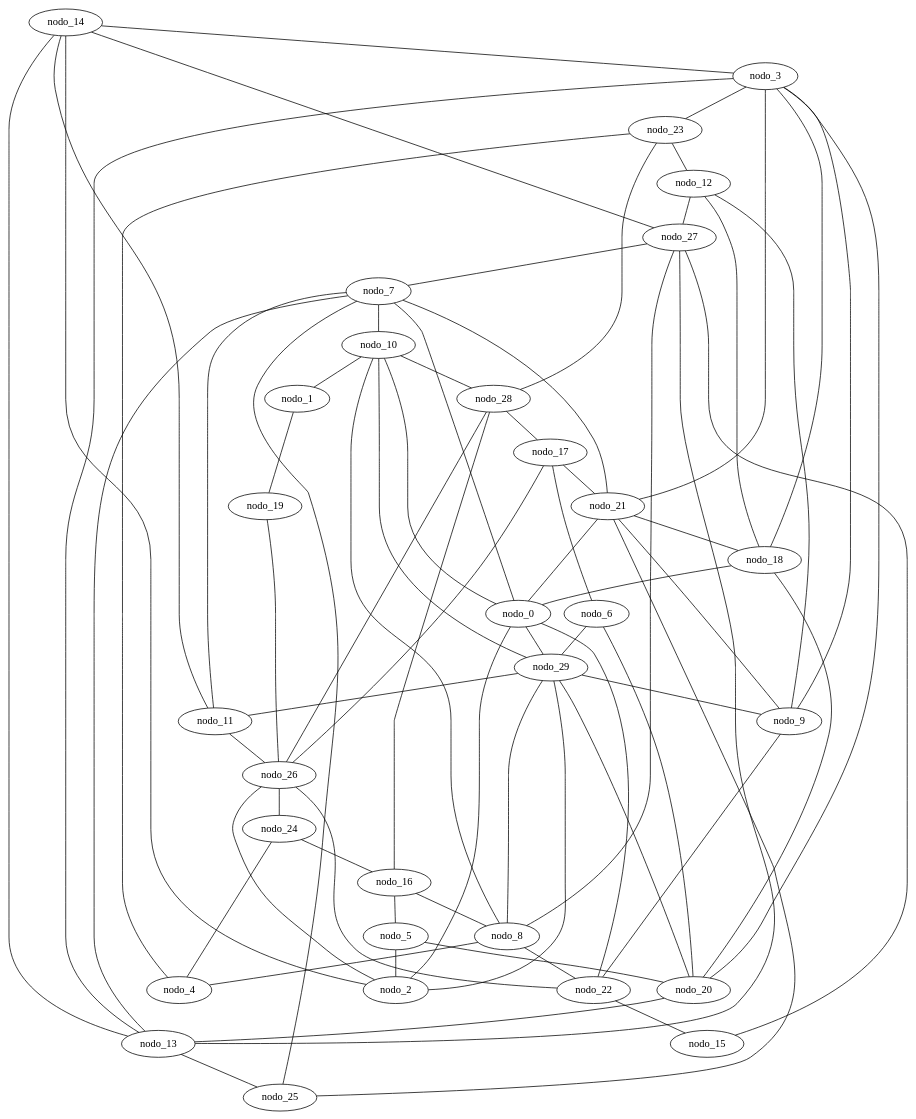
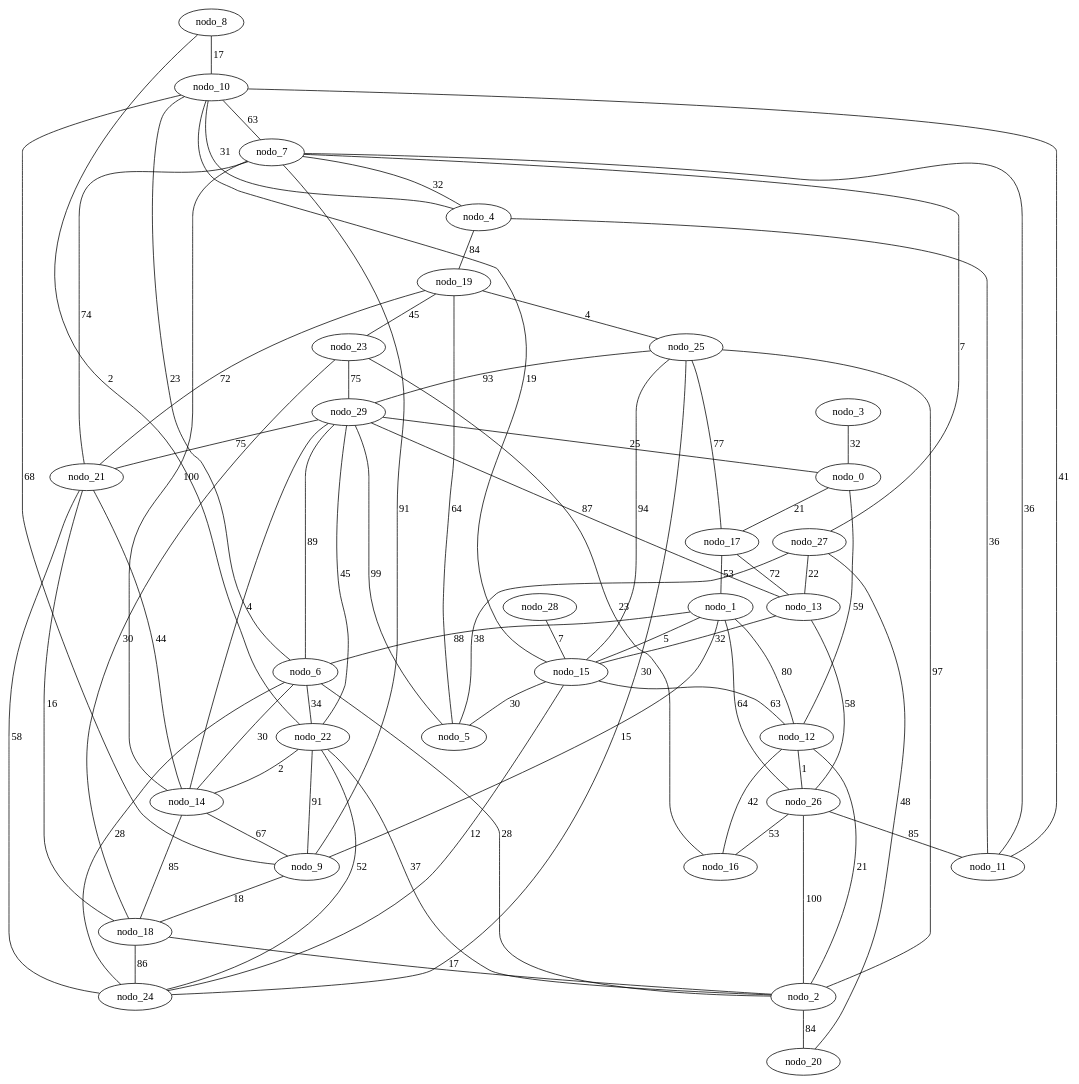
One commit to sinisterra/cic-algoritmos changed the diagram in proyecto03/gen_gilbert_30.gv. Above: the diagram before and after it, drawn with Graphviz. The commit also changed 25 other files, not shown here.

```diff
--- a/proyecto03/gen_gilbert_30.gv
+++ b/proyecto03/gen_gilbert_30.gv
@@ -1,74 +1,79 @@
 graph gen_gilbert_30 {
-  nodo_14 -- nodo_3;
-  nodo_28 -- nodo_23;
-  nodo_10 -- nodo_1;
-  nodo_23 -- nodo_12;
-  nodo_27 -- nodo_14;
-  nodo_28 -- nodo_26;
-  nodo_10 -- nodo_0;
-  nodo_11 -- nodo_26;
-  nodo_16 -- nodo_8;
-  nodo_12 -- nodo_9;
-  nodo_15 -- nodo_27;
-  nodo_16 -- nodo_5;
-  nodo_18 -- nodo_0;
-  nodo_5 -- nodo_20;
-  nodo_20 -- nodo_13;
-  nodo_18 -- nodo_20;
-  nodo_24 -- nodo_16;
-  nodo_8 -- nodo_10;
-  nodo_9 -- nodo_22;
-  nodo_9 -- nodo_21;
-  nodo_0 -- nodo_29;
-  nodo_23 -- nodo_4;
-  nodo_21 -- nodo_0;
-  nodo_5 -- nodo_2;
-  nodo_7 -- nodo_0;
-  nodo_27 -- nodo_7;
-  nodo_3 -- nodo_18;
-  nodo_13 -- nodo_14;
-  nodo_25 -- nodo_7;
-  nodo_9 -- nodo_3;
-  nodo_10 -- nodo_29;
-  nodo_10 -- nodo_28;
-  nodo_7 -- nodo_11;
-  nodo_4 -- nodo_24;
-  nodo_17 -- nodo_21;
-  nodo_8 -- nodo_27;
-  nodo_0 -- nodo_22;
-  nodo_7 -- nodo_10;
-  nodo_8 -- nodo_22;
-  nodo_13 -- nodo_3;
-  nodo_26 -- nodo_22;
-  nodo_29 -- nodo_11;
-  nodo_26 -- nodo_24;
-  nodo_2 -- nodo_14;
-  nodo_13 -- nodo_27;
-  nodo_17 -- nodo_6;
-  nodo_13 -- nodo_25;
-  nodo_13 -- nodo_7;
-  nodo_12 -- nodo_18;
-  nodo_3 -- nodo_21;
-  nodo_3 -- nodo_23;
-  nodo_29 -- nodo_9;
-  nodo_29 -- nodo_8;
-  nodo_22 -- nodo_15;
-  nodo_26 -- nodo_17;
-  nodo_7 -- nodo_21;
-  nodo_1 -- nodo_19;
-  nodo_25 -- nodo_21;
-  nodo_2 -- nodo_0;
-  nodo_28 -- nodo_17;
-  nodo_20 -- nodo_3;
-  nodo_2 -- nodo_26;
-  nodo_6 -- nodo_29;
-  nodo_12 -- nodo_27;
-  nodo_2 -- nodo_29;
-  nodo_16 -- nodo_28;
-  nodo_8 -- nodo_4;
-  nodo_29 -- nodo_20;
-  nodo_19 -- nodo_26;
-  nodo_14 -- nodo_11;
-  nodo_6 -- nodo_20;
-  nodo_21 -- nodo_18;
+  nodo_10 -- nodo_7 [label=63 weight=63];
+  nodo_10 -- nodo_6 [label=23 weight=23];
+  nodo_0 -- nodo_17 [label=21 weight=21];
+  nodo_10 -- nodo_4 [label=31 weight=31];
+  nodo_12 -- nodo_2 [label=21 weight=21];
+  nodo_12 -- nodo_1 [label=80 weight=80];
+  nodo_24 -- nodo_22 [label=52 weight=52];
+  nodo_1 -- nodo_26 [label=64 weight=64];
+  nodo_0 -- nodo_12 [label=59 weight=59];
+  nodo_27 -- nodo_13 [label=22 weight=22];
+  nodo_4 -- nodo_19 [label=84 weight=84];
+  nodo_14 -- nodo_9 [label=67 weight=67];
+  nodo_14 -- nodo_7 [label=100 weight=100];
+  nodo_14 -- nodo_6 [label=30 weight=30];
+  nodo_18 -- nodo_2 [label=17 weight=17];
+  nodo_4 -- nodo_11 [label=36 weight=36];
+  nodo_17 -- nodo_13 [label=72 weight=72];
+  nodo_18 -- nodo_24 [label=86 weight=86];
+  nodo_25 -- nodo_29 [label=93 weight=93];
+  nodo_21 -- nodo_24 [label=58 weight=58];
+  nodo_8 -- nodo_10 [label=17 weight=17];
+  nodo_25 -- nodo_2 [label=97 weight=97];
+  nodo_26 -- nodo_11 [label=85 weight=85];
+  nodo_27 -- nodo_20 [label=48 weight=48];
+  nodo_3 -- nodo_0 [label=32 weight=32];
+  nodo_1 -- nodo_6 [label=88 weight=88];
+  nodo_29 -- nodo_6 [label=89 weight=89];
+  nodo_13 -- nodo_15 [label=32 weight=32];
+  nodo_29 -- nodo_5 [label=99 weight=99];
+  nodo_9 -- nodo_1 [label=15 weight=15];
+  nodo_7 -- nodo_4 [label=32 weight=32];
+  nodo_27 -- nodo_5 [label=38 weight=38];
+  nodo_29 -- nodo_0 [label=25 weight=25];
+  nodo_7 -- nodo_9 [label=91 weight=91];
+  nodo_7 -- nodo_11 [label=36 weight=36];
+  nodo_24 -- nodo_25 [label=30 weight=30];
+  nodo_23 -- nodo_16 [label=23 weight=23];
+  nodo_23 -- nodo_18 [label=30 weight=30];
+  nodo_8 -- nodo_22 [label=2 weight=2];
+  nodo_29 -- nodo_14 [label=4 weight=4];
+  nodo_29 -- nodo_13 [label=87 weight=87];
+  nodo_12 -- nodo_16 [label=42 weight=42];
+  nodo_19 -- nodo_5 [label=64 weight=64];
+  nodo_13 -- nodo_26 [label=58 weight=58];
+  nodo_15 -- nodo_5 [label=30 weight=30];
+  nodo_17 -- nodo_1 [label=53 weight=53];
+  nodo_15 -- nodo_12 [label=63 weight=63];
+  nodo_11 -- nodo_10 [label=41 weight=41];
+  nodo_15 -- nodo_10 [label=19 weight=19];
+  nodo_7 -- nodo_27 [label=7 weight=7];
+  nodo_22 -- nodo_14 [label=2 weight=2];
+  nodo_26 -- nodo_16 [label=53 weight=53];
+  nodo_23 -- nodo_29 [label=75 weight=75];
+  nodo_7 -- nodo_21 [label=74 weight=74];
+  nodo_26 -- nodo_2 [label=100 weight=100];
+  nodo_29 -- nodo_22 [label=45 weight=45];
+  nodo_22 -- nodo_2 [label=37 weight=37];
+  nodo_1 -- nodo_15 [label=5 weight=5];
+  nodo_28 -- nodo_15 [label=7 weight=7];
+  nodo_12 -- nodo_26 [label=1 weight=1];
+  nodo_6 -- nodo_2 [label=28 weight=28];
+  nodo_29 -- nodo_21 [label=75 weight=75];
+  nodo_22 -- nodo_9 [label=91 weight=91];
+  nodo_24 -- nodo_6 [label=28 weight=28];
+  nodo_6 -- nodo_22 [label=34 weight=34];
+  nodo_15 -- nodo_24 [label=12 weight=12];
+  nodo_2 -- nodo_20 [label=84 weight=84];
+  nodo_19 -- nodo_23 [label=45 weight=45];
+  nodo_9 -- nodo_18 [label=18 weight=18];
+  nodo_18 -- nodo_14 [label=85 weight=85];
+  nodo_19 -- nodo_25 [label=4 weight=4];
+  nodo_25 -- nodo_17 [label=77 weight=77];
+  nodo_25 -- nodo_15 [label=94 weight=94];
+  nodo_19 -- nodo_21 [label=72 weight=72];
+  nodo_21 -- nodo_14 [label=44 weight=44];
+  nodo_9 -- nodo_10 [label=68 weight=68];
+  nodo_21 -- nodo_18 [label=16 weight=16];
 }
```
